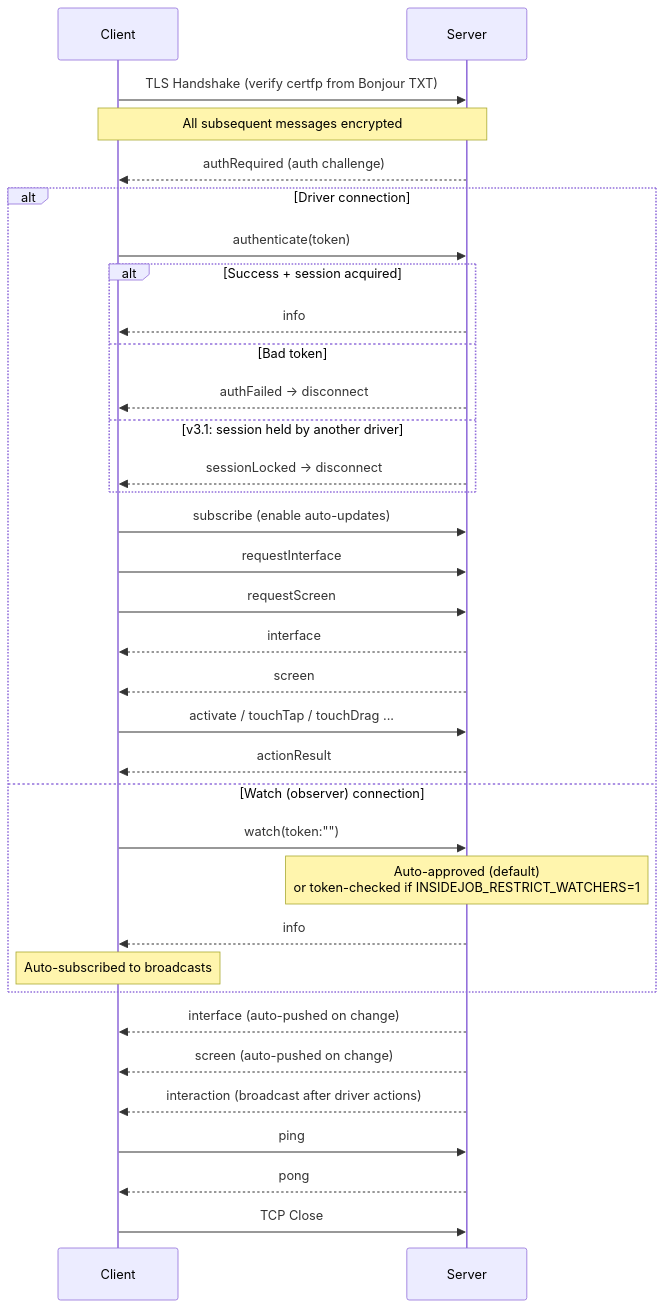
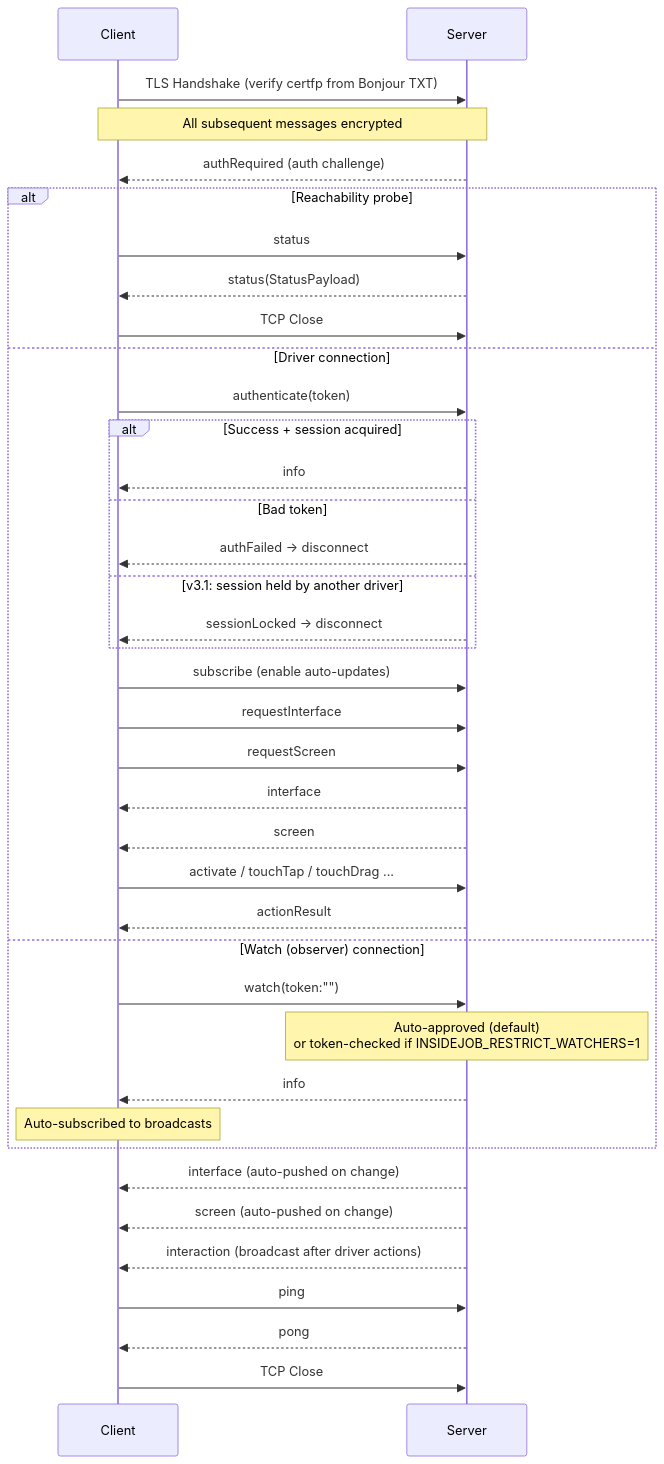
One commit to RoyalPineapple/TheButtonHeist changed the first of 3 diagrams in docs/WIRE-PROTOCOL.md. Above: the diagram before and after it, drawn with Mermaid. The commit also changed other lines of this file and 6 other files, not shown here.

````diff
--- a/docs/WIRE-PROTOCOL.md
+++ b/docs/WIRE-PROTOCOL.md
@@ -43,44 +43,48 @@
 ```mermaid
 sequenceDiagram
     participant Client
     participant Server
 
     Client->>Server: TLS Handshake (verify certfp from Bonjour TXT)
     Note over Client,Server: All subsequent messages encrypted
     Server-->>Client: authRequired (auth challenge)
 
-    alt Driver connection
+    alt Reachability probe
+        Client->>Server: status
+        Server-->>Client: status(StatusPayload)
+        Client->>Server: TCP Close
+    else Driver connection
         Client->>Server: authenticate(token)
 
         alt Success + session acquired
             Server-->>Client: info
         else Bad token
             Server-->>Client: authFailed → disconnect
         else v3.1: session held by another driver
             Server-->>Client: sessionLocked → disconnect
         end
 
         Client->>Server: subscribe (enable auto-updates)
         Client->>Server: requestInterface
         Client->>Server: requestScreen
         Server-->>Client: interface
         Server-->>Client: screen
 
         Client->>Server: activate / touchTap / touchDrag ...
         Server-->>Client: actionResult
     else Watch (observer) connection
         Client->>Server: watch(token:"")
         Note over Server: Auto-approved (default)<br>or token-checked if INSIDEJOB_RESTRICT_WATCHERS=1
         Server-->>Client: info
         Note over Client: Auto-subscribed to broadcasts
     end
 
     Server-->>Client: interface (auto-pushed on change)
     Server-->>Client: screen (auto-pushed on change)
     Server-->>Client: interaction (broadcast after driver actions)
 
     Client->>Server: ping
     Server-->>Client: pong
 
     Client->>Server: TCP Close
 ```
````
